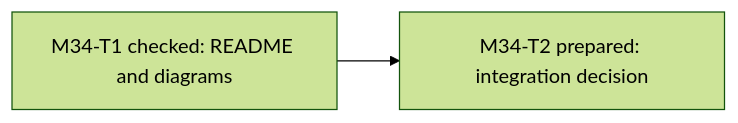
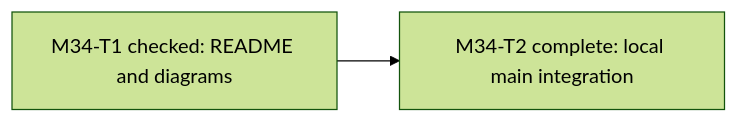
The first of 3 diagrams in examples/pm-project/ROADMAP.md (dm-uy/galaxica-sombrero), drawn with Mermaid (forest theme) before and after one commit. The commit also changed other lines of this file and 3 other files, not shown here.

Commit message:
docs: record owner-approved local README integration

````diff
--- a/examples/pm-project/ROADMAP.md
+++ b/examples/pm-project/ROADMAP.md
@@ -34,4 +34,4 @@
 ```mermaid
 flowchart LR
-    M34T1["M34-T1 checked: README and diagrams"] --> M34T2["M34-T2 prepared: integration decision"]
+    M34T1["M34-T1 checked: README and diagrams"] --> M34T2["M34-T2 complete: local main integration"]
 ```
````
